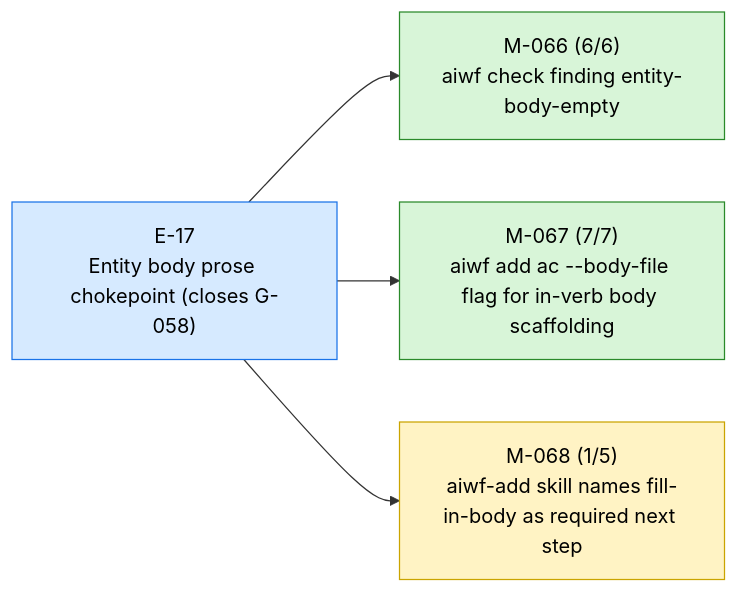
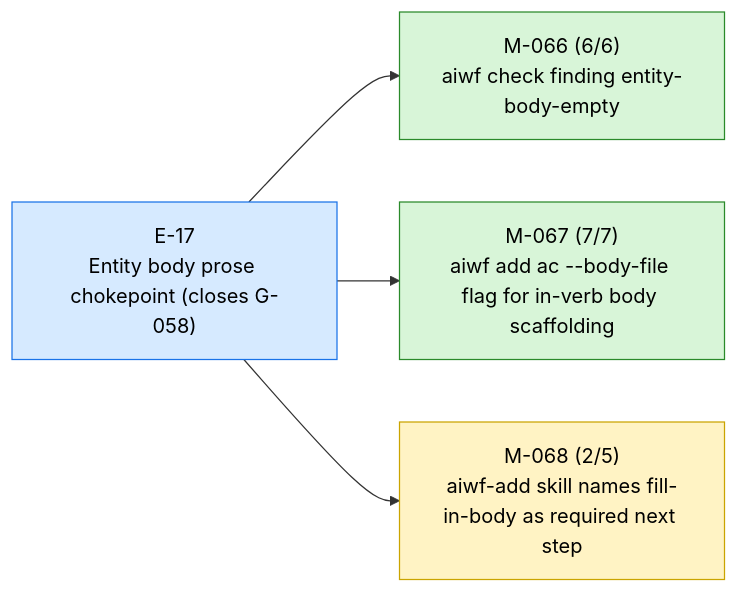
The first of 4 diagrams in STATUS.md (23min/aiwf), drawn with Mermaid before and after one commit. The commit also changed other lines of this file and 1 other file, not shown here.

First line of the commit message:
aiwf promote M-068/AC-2 open -> met

````diff
--- a/STATUS.md
+++ b/STATUS.md
@@ -13,16 +13,16 @@
 ```mermaid
 flowchart LR
   E_17["E-17<br/>Entity body prose chokepoint (closes G-058)"]:::epic_active
   M_066["M-066 (6/6)<br/>aiwf check finding entity-body-empty"]:::ms_done
   E_17 --> M_066
   M_067["M-067 (7/7)<br/>aiwf add ac --body-file flag for in-verb body scaffolding"]:::ms_done
   E_17 --> M_067
-  M_068["M-068 (1/5)<br/>aiwf-add skill names fill-in-body as required next step"]:::ms_in_progress
+  M_068["M-068 (2/5)<br/>aiwf-add skill names fill-in-body as required next step"]:::ms_in_progress
   E_17 --> M_068
   classDef epic_active fill:#d6eaff,stroke:#1a73e8,color:#000
   classDef epic_proposed fill:#f4f4f4,stroke:#888,color:#000
   classDef ms_done fill:#d8f5d8,stroke:#2a8a2a,color:#000
   classDef ms_in_progress fill:#fff3c4,stroke:#caa400,color:#000
   classDef ms_draft fill:#f4f4f4,stroke:#888,color:#000
   classDef ms_cancelled fill:#fbeaea,stroke:#c33,color:#000
 ```
````
